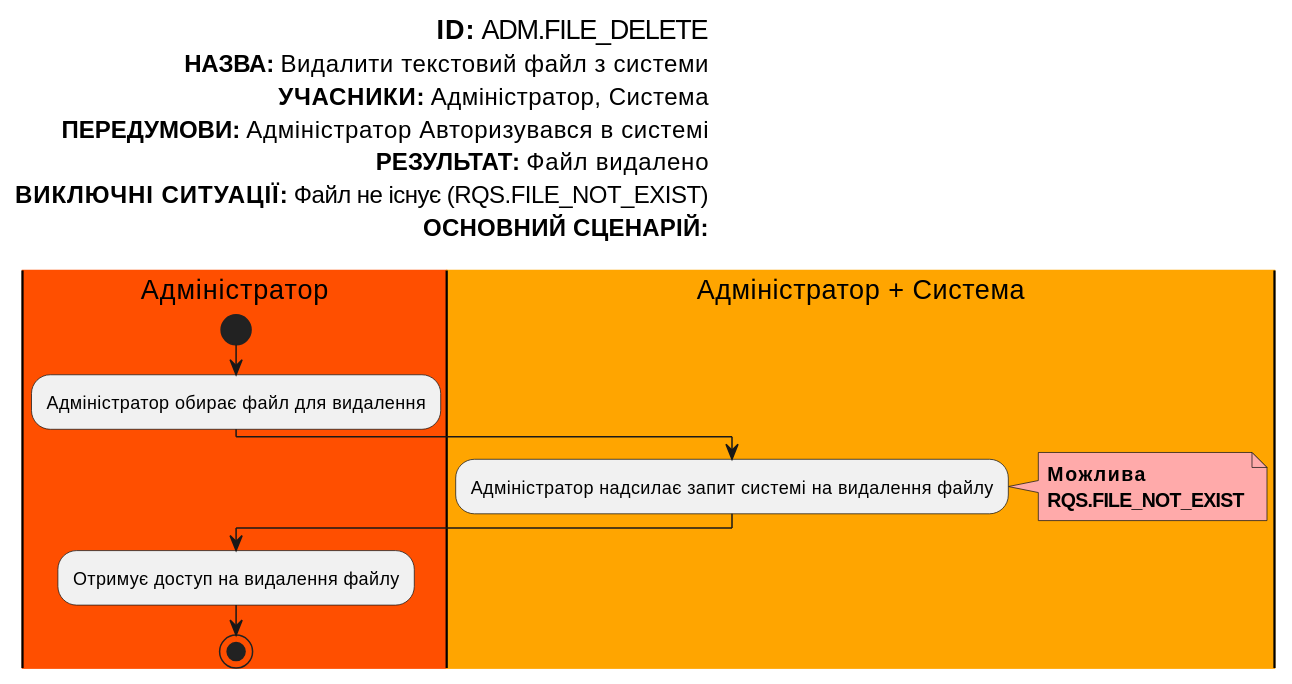
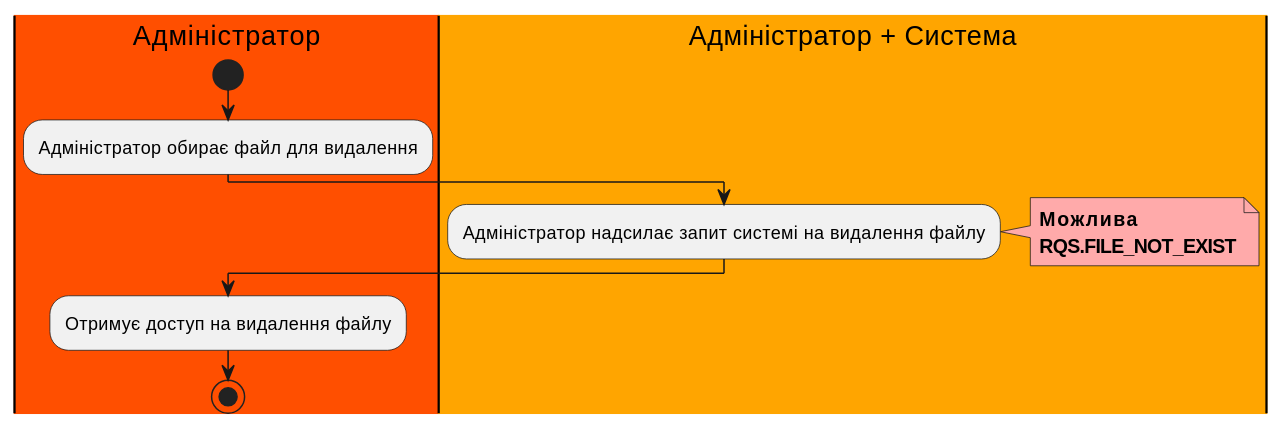
One commit to boldak/edu-db-cw changed diagram 12 of 16 in docs/use cases/README.md. Above: the diagram before and after it, drawn with PlantUML. The commit also changed other lines of this file, not shown here.

```diff
--- a/docs/use cases/README.md
+++ b/docs/use cases/README.md
@@ -399,27 +370,16 @@
 @startuml
-
-left header
-<font color=000 size=18><b>ID:</b> ADM.FILE_DELETE
-<font color=000 size=16><b>НАЗВА:</b> Видалити текстовий файл з системи
-<font color=000 size=16><b>УЧАСНИКИ:</b> Адміністратор, Система
-<font color=000 size=16><b>ПЕРЕДУМОВИ:</b> Адміністратор Авторизувався в системі
-<font color=000 size=16><b>РЕЗУЛЬТАТ:</b> Файл видалено
-<font color=000 size=16><b>ВИКЛЮЧНІ СИТУАЦІЇ:</b> Файл не існує (RQS.FILE_NOT_EXIST)
-<font color=000 size=16><b>ОСНОВНИЙ СЦЕНАРІЙ:</b>
-
-end header
 
 
 |#FF4F00|Адміністратор|
   start
   :Адміністратор обирає файл для видалення;
 |#FFA500|Адміністратор + Система|
   :Адміністратор надсилає запит системі на видалення файлу;
   note right #ffaaaa
   <b>Можлива</b>
   <b>RQS.FILE_NOT_EXIST</b>
   end note
 |Адміністратор|
   :Отримує доступ на видалення файлу;
   stop;
 @enduml
```
